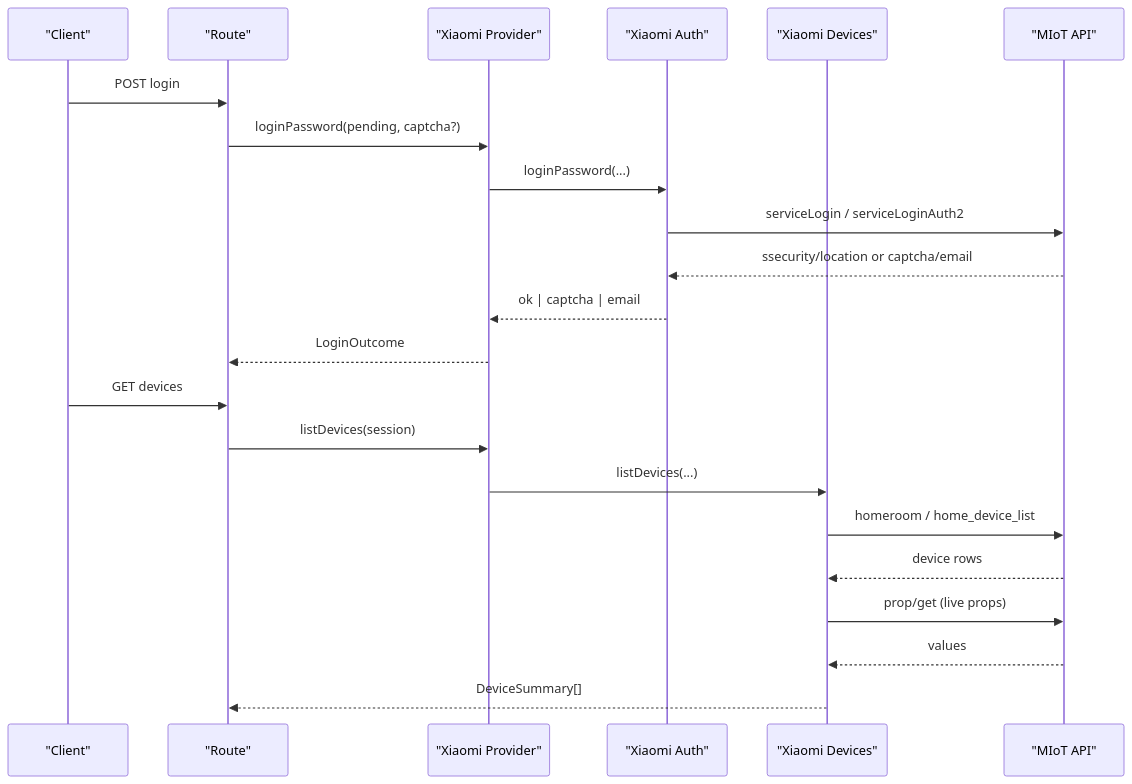
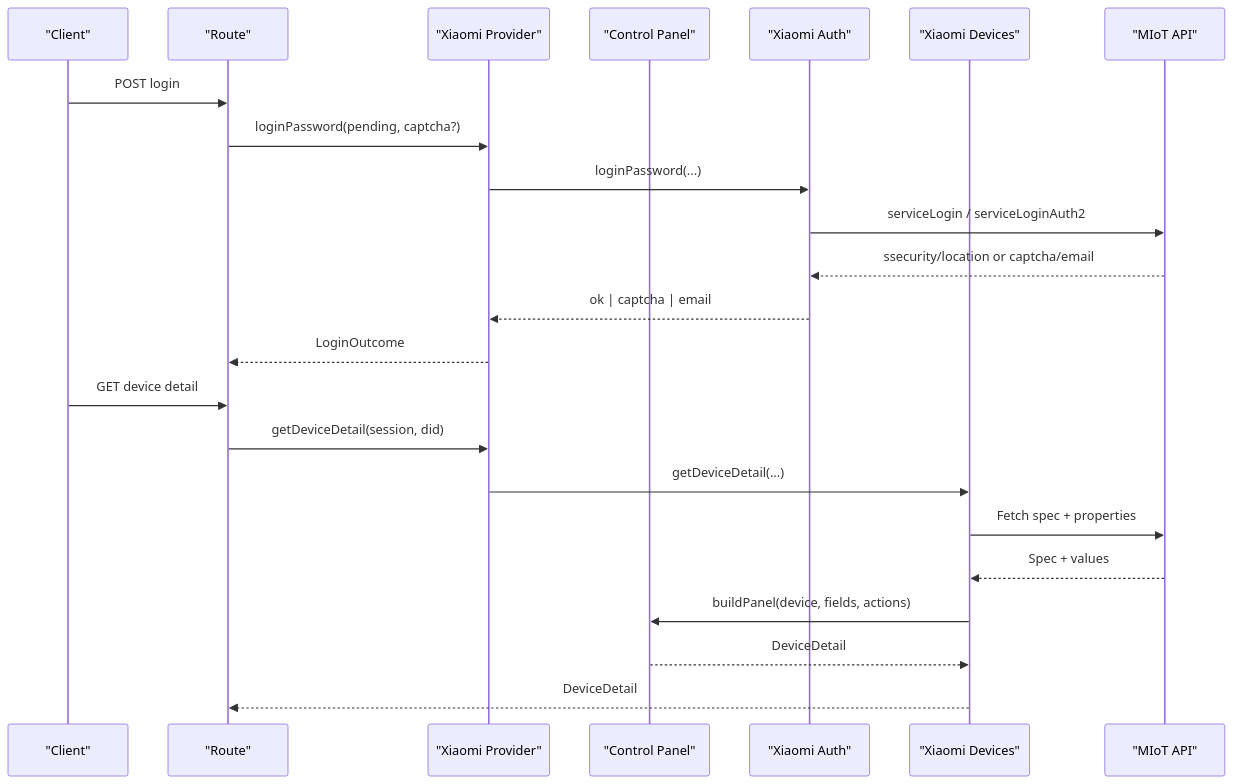
One commit to dlutwuwei/mihome-web changed the sixth of 10 diagrams in .qoder/repowiki/en/content/Architecture Overview/Provider System Architecture.md. Above: the diagram before and after it, drawn with Mermaid. The commit also changed other lines of this file and 84 other files, not shown here.

````diff
--- a/.qoder/repowiki/en/content/Architecture Overview/Provider System Architecture.md
+++ b/.qoder/repowiki/en/content/Architecture Overview/Provider System Architecture.md
@@ -267,24 +363,25 @@
 ```mermaid
 sequenceDiagram
 participant Client as "Client"
 participant Route as "Route"
 participant Xiaomi as "Xiaomi Provider"
+participant Panel as "Control Panel"
 participant Auth as "Xiaomi Auth"
 participant Devices as "Xiaomi Devices"
 participant MIoT as "MIoT API"
 Client->>Route : POST login
 Route->>Xiaomi : loginPassword(pending, captcha?)
 Xiaomi->>Auth : loginPassword(...)
 Auth->>MIoT : serviceLogin / serviceLoginAuth2
 MIoT-->>Auth : ssecurity/location or captcha/email
 Auth-->>Xiaomi : ok | captcha | email
 Xiaomi-->>Route : LoginOutcome
-Client->>Route : GET devices
-Route->>Xiaomi : listDevices(session)
-Xiaomi->>Devices : listDevices(...)
-Devices->>MIoT : homeroom / home_device_list
-MIoT-->>Devices : device rows
-Devices->>MIoT : prop/get (live props)
-MIoT-->>Devices : values
-Devices-->>Route : DeviceSummary[]
+Client->>Route : GET device detail
+Route->>Xiaomi : getDeviceDetail(session, did)
+Xiaomi->>Devices : getDeviceDetail(...)
+Devices->>MIoT : Fetch spec + properties
+MIoT-->>Devices : Spec + values
+Devices->>Panel : buildPanel(device, fields, actions)
+Panel-->>Devices : DeviceDetail
+Devices-->>Route : DeviceDetail
 ```
````
